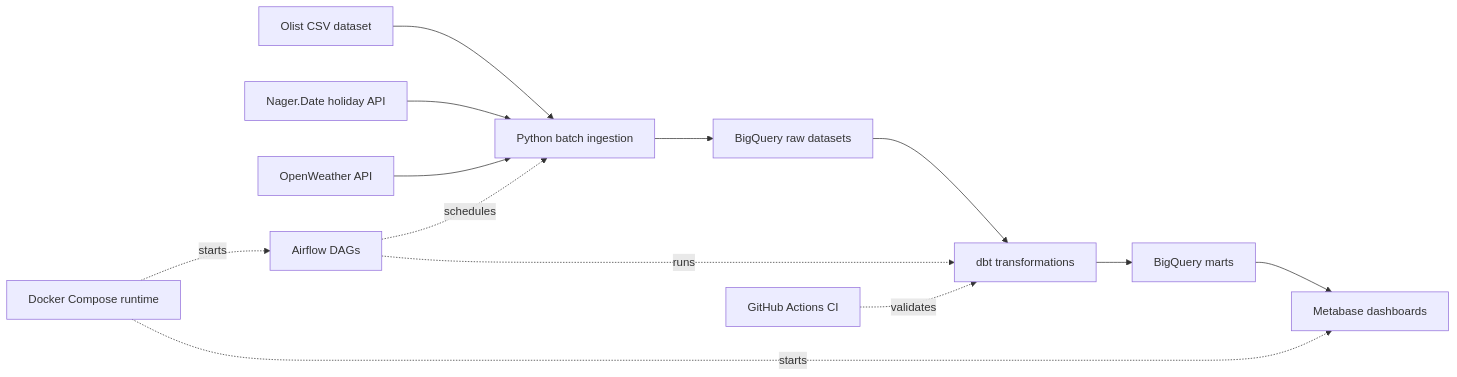
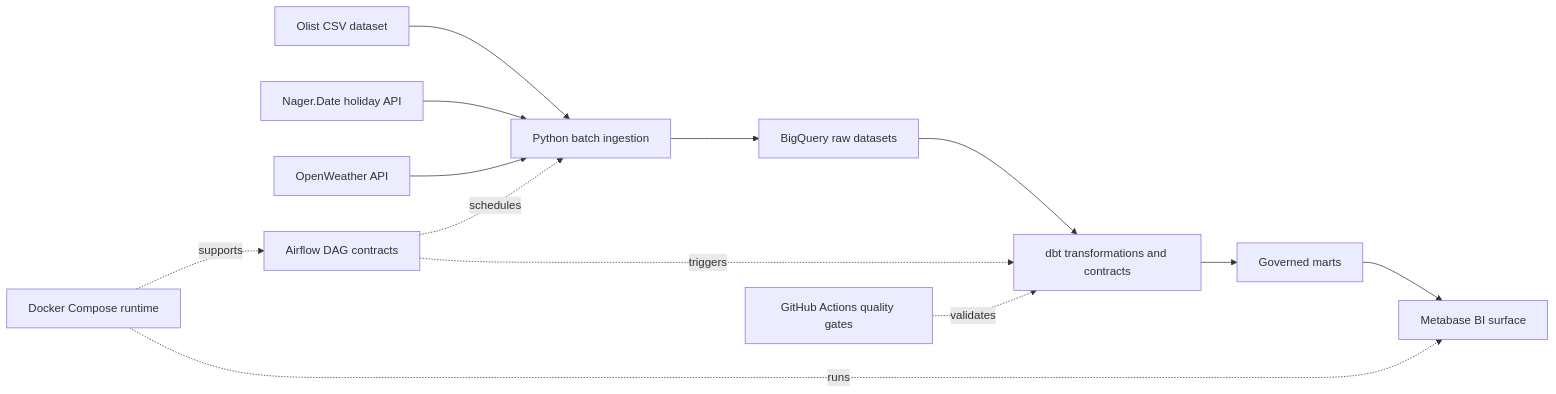
One commit to cchoooots98/marketplace-analytics-platform changed the diagram in README.md. Above: the diagram before and after it, drawn with Mermaid. The commit also changed other lines of this file and 6 other files, not shown here.

````diff
--- a/README.md
+++ b/README.md
@@ -63,30 +56,30 @@
 ```mermaid
 flowchart LR
     olist["Olist CSV dataset"]
     holidays["Nager.Date holiday API"]
     weather["OpenWeather API"]
 
     ingest["Python batch ingestion"]
     raw["BigQuery raw datasets"]
-    dbt["dbt transformations"]
-    marts["BigQuery marts"]
-    metabase["Metabase dashboards"]
+    dbt["dbt transformations and contracts"]
+    marts["Governed marts"]
+    metabase["Metabase BI surface"]
 
-    airflow["Airflow DAGs"]
+    airflow["Airflow DAG contracts"]
+    ci["GitHub Actions quality gates"]
     docker["Docker Compose runtime"]
-    ci["GitHub Actions CI"]
 
     olist --> ingest
     holidays --> ingest
     weather --> ingest
     ingest --> raw
     raw --> dbt
     dbt --> marts
     marts --> metabase
 
     airflow -. schedules .-> ingest
-    airflow -. runs .-> dbt
-    docker -. starts .-> airflow
-    docker -. starts .-> metabase
+    airflow -. triggers .-> dbt
     ci -. validates .-> dbt
+    docker -. runs .-> metabase
+    docker -. supports .-> airflow
 ```
````
